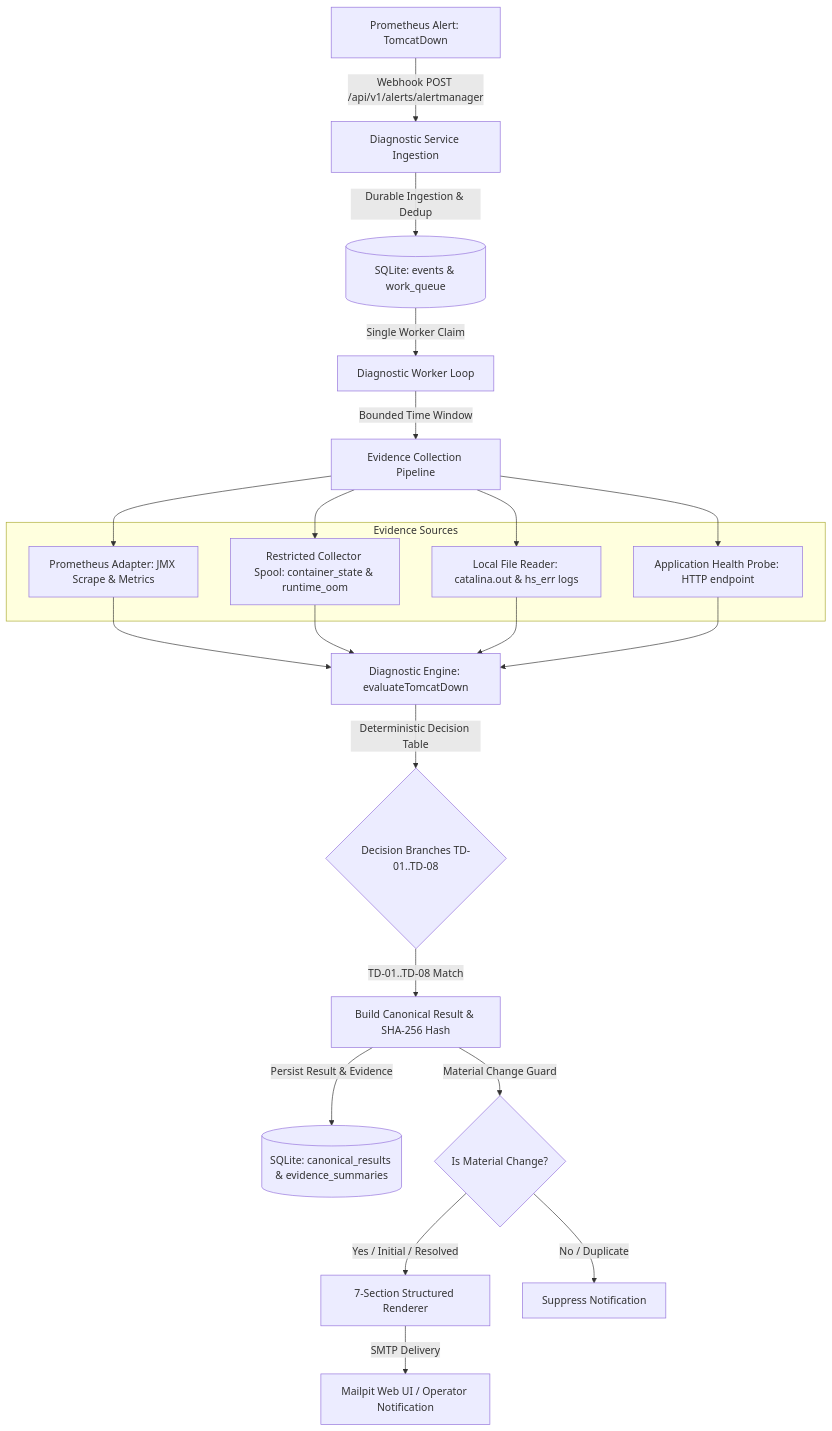
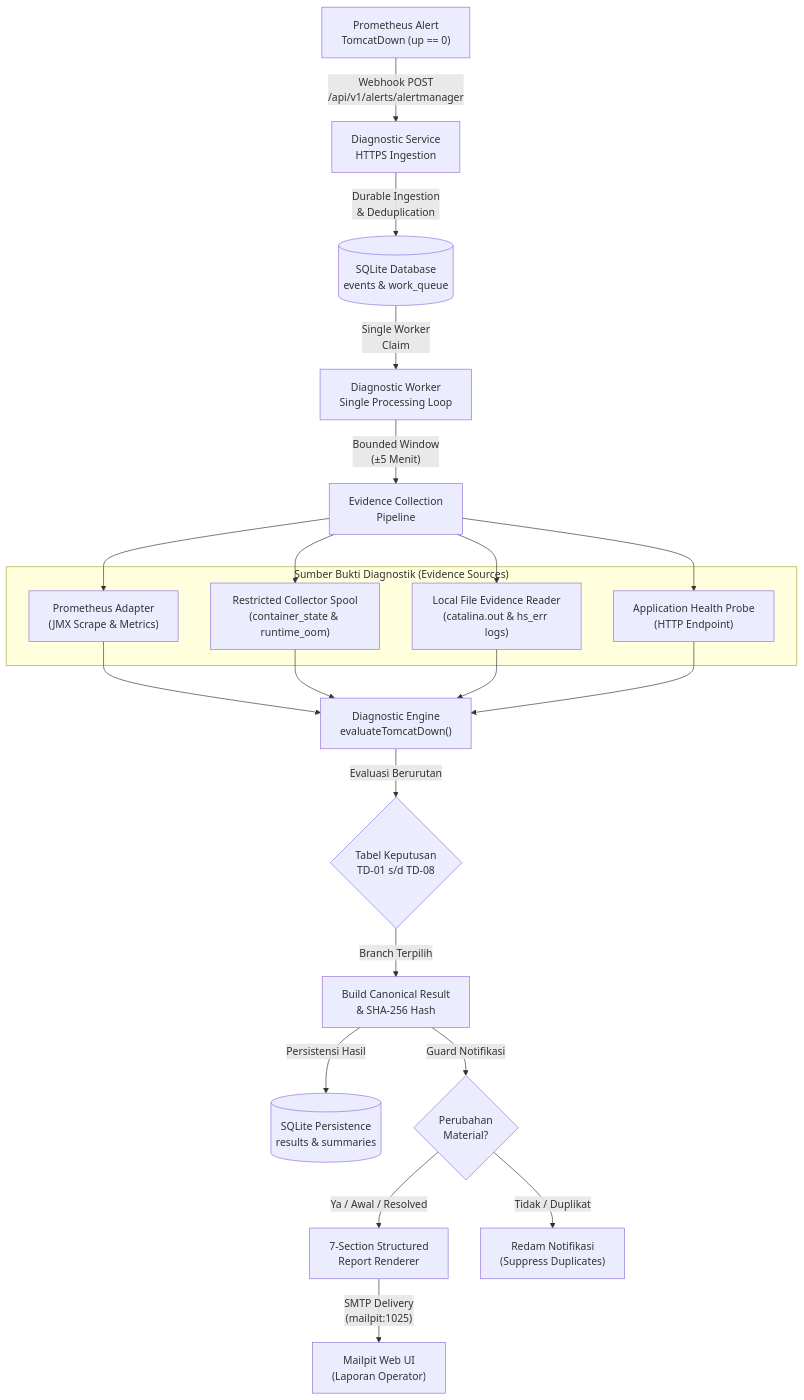
Before and after one commit to edkas07-oss/devops-handbook: the diagram in docs/projects/tomcat-monitoring/engineering-journal/diagnostic-mvp-pilot/TN-017-verify-end-to-end-incident-diagnostic-flow.md, drawn with Mermaid.

Commit message:
docs(journal): improve Mermaid diagram label wrapping and readability in TN-017

````diff
--- a/docs/projects/tomcat-monitoring/engineering-journal/diagnostic-mvp-pilot/TN-017-verify-end-to-end-incident-diagnostic-flow.md
+++ b/docs/projects/tomcat-monitoring/engineering-journal/diagnostic-mvp-pilot/TN-017-verify-end-to-end-incident-diagnostic-flow.md
@@ -61,29 +61,29 @@
 ```mermaid
 flowchart TD
-    A[Prometheus Alert: TomcatDown] -->|Webhook POST /api/v1/alerts/alertmanager| B[Diagnostic Service Ingestion]
-    B -->|Durable Ingestion & Dedup| C[(SQLite: events & work_queue)]
-    C -->|Single Worker Claim| D[Diagnostic Worker Loop]
-    D -->|Bounded Time Window| E[Evidence Collection Pipeline]
+    A["Prometheus Alert<br/>TomcatDown (up == 0)"] -->|"Webhook POST<br/>/api/v1/alerts/alertmanager"| B["Diagnostic Service<br/>HTTPS Ingestion"]
+    B -->|"Durable Ingestion<br/>& Deduplication"| C[("SQLite Database<br/>events & work_queue")]
+    C -->|"Single Worker<br/>Claim"| D["Diagnostic Worker<br/>Single Processing Loop"]
+    D -->|"Bounded Window<br/>(±5 Menit)"| E["Evidence Collection<br/>Pipeline"]
     
-    subgraph Evidence Sources
-        E1[Prometheus Adapter: JMX Scrape & Metrics]
-        E2[Restricted Collector Spool: container_state & runtime_oom]
-        E3[Local File Reader: catalina.out & hs_err logs]
-        E4[Application Health Probe: HTTP endpoint]
+    subgraph Evidence_Sources ["Sumber Bukti Diagnostik (Evidence Sources)"]
+        E1["Prometheus Adapter<br/>(JMX Scrape & Metrics)"]
+        E2["Restricted Collector Spool<br/>(container_state & runtime_oom)"]
+        E3["Local File Evidence Reader<br/>(catalina.out & hs_err logs)"]
+        E4["Application Health Probe<br/>(HTTP Endpoint)"]
     end
     
     E --> E1
     E --> E2
     E --> E3
     E --> E4
     
-    E1 & E2 & E3 & E4 --> F[Diagnostic Engine: evaluateTomcatDown]
-    F -->|Deterministic Decision Table| G{Decision Branches TD-01..TD-08}
+    E1 & E2 & E3 & E4 --> F["Diagnostic Engine<br/>evaluateTomcatDown()"]
+    F -->|"Evaluasi Berurutan"| G{"Tabel Keputusan<br/>TD-01 s/d TD-08"}
     
-    G -->|TD-01..TD-08 Match| H[Build Canonical Result & SHA-256 Hash]
-    H -->|Persist Result & Evidence| I[(SQLite: canonical_results & evidence_summaries)]
-    H -->|Material Change Guard| J{Is Material Change?}
-    J -->|Yes / Initial / Resolved| K[7-Section Structured Renderer]
-    J -->|No / Duplicate| L[Suppress Notification]
-    K -->|SMTP Delivery| M[Mailpit Web UI / Operator Notification]
+    G -->|"Branch Terpilih"| H["Build Canonical Result<br/>& SHA-256 Hash"]
+    H -->|"Persistensi Hasil"| I[("SQLite Persistence<br/>results & summaries")]
+    H -->|"Guard Notifikasi"| J{"Perubahan<br/>Material?"}
+    J -->|"Ya / Awal / Resolved"| K["7-Section Structured<br/>Report Renderer"]
+    J -->|"Tidak / Duplikat"| L["Redam Notifikasi<br/>(Suppress Duplicates)"]
+    K -->|"SMTP Delivery<br/>(mailpit:1025)"| M["Mailpit Web UI<br/>(Laporan Operator)"]
 ```
````
